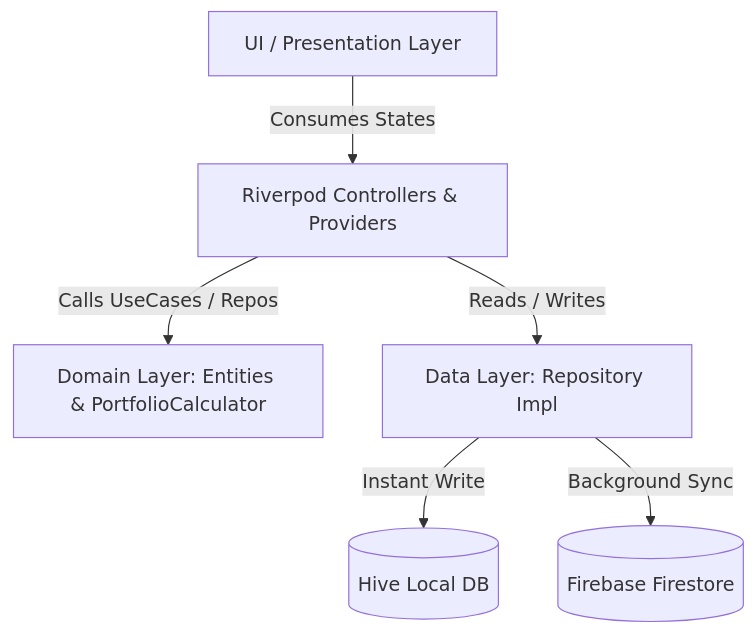
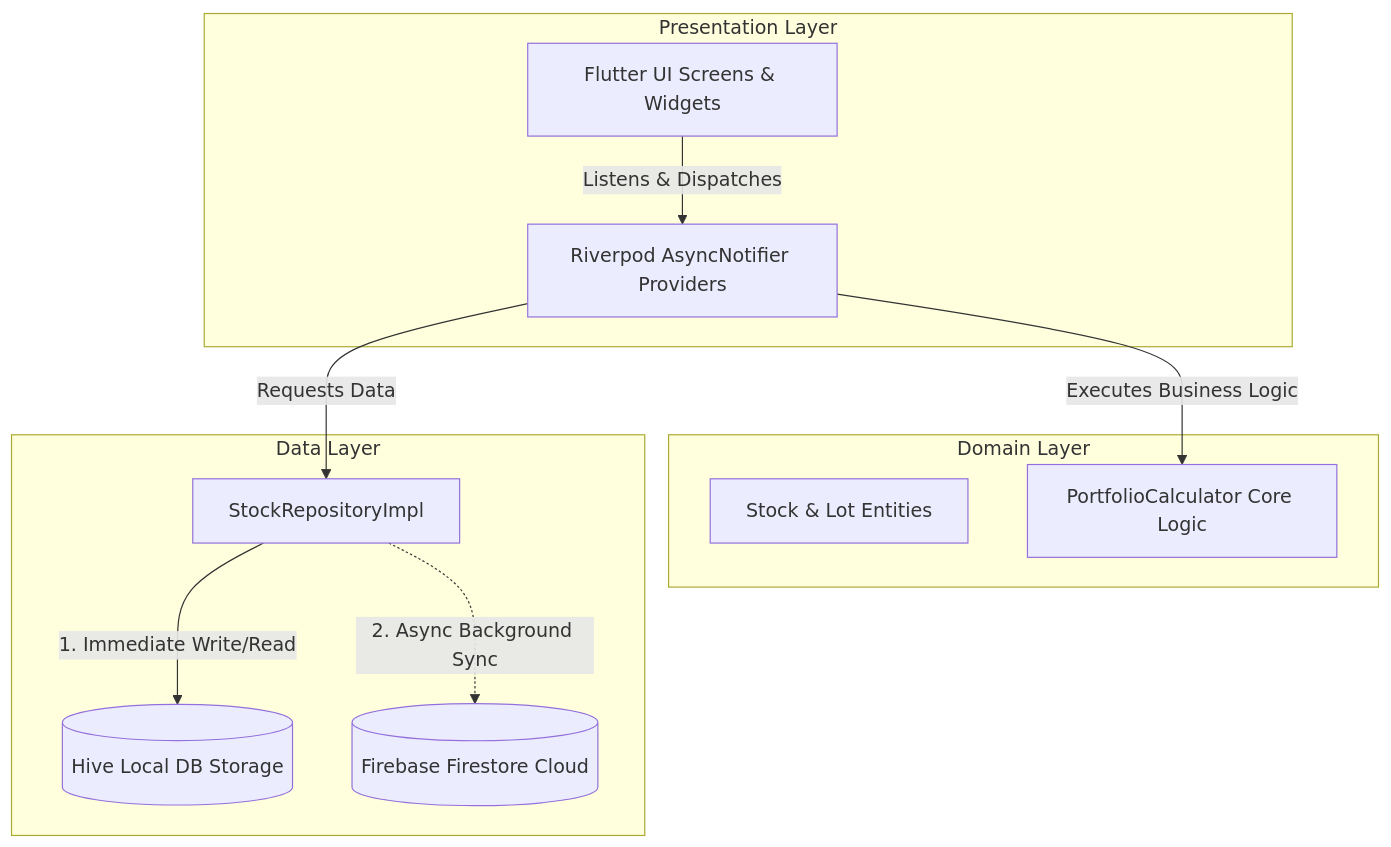
The diagram in README.md (moazzam-samoo/Stock-Book), drawn with Mermaid before and after one commit. The commit also changed other lines of this file and 9 other files, not shown here.

Commit message:
docs: Enhance README with visual screenshots, offline sync sequence, badges, and showcase grid

````diff
--- a/README.md
+++ b/README.md
@@ -71,8 +93,24 @@
 ```mermaid
 graph TD
-    A[UI / Presentation Layer] -->|Consumes States| B[Riverpod Controllers & Providers]
-    B -->|Calls UseCases / Repos| C[Domain Layer: Entities & PortfolioCalculator]
-    B -->|Reads / Writes| D[Data Layer: Repository Impl]
-    D -->|Instant Write| E[(Hive Local DB)]
-    D -->|Background Sync| F[(Firebase Firestore)]
+    subgraph Presentation Layer
+        UI[Flutter UI Screens & Widgets]
+        Notifier[Riverpod AsyncNotifier Providers]
+    end
+
+    subgraph Domain Layer
+        Entity[Stock & Lot Entities]
+        Calc[PortfolioCalculator Core Logic]
+    end
+
+    subgraph Data Layer
+        Repo[StockRepositoryImpl]
+        HiveDS[(Hive Local DB Storage)]
+        FireDS[(Firebase Firestore Cloud)]
+    end
+
+    UI -->|Listens & Dispatches| Notifier
+    Notifier -->|Executes Business Logic| Calc
+    Notifier -->|Requests Data| Repo
+    Repo -->|1. Immediate Write/Read| HiveDS
+    Repo -.->|2. Async Background Sync| FireDS
 ```
````
